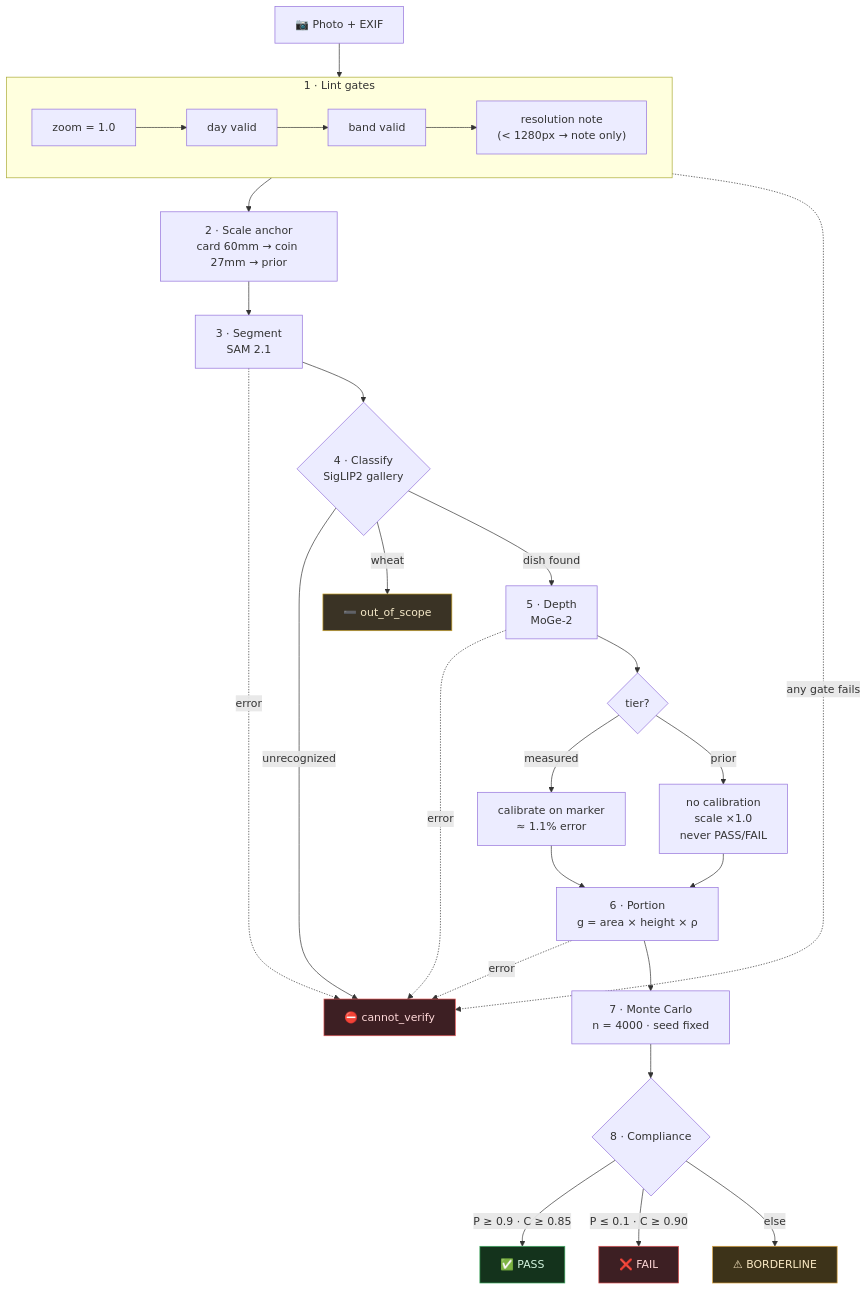
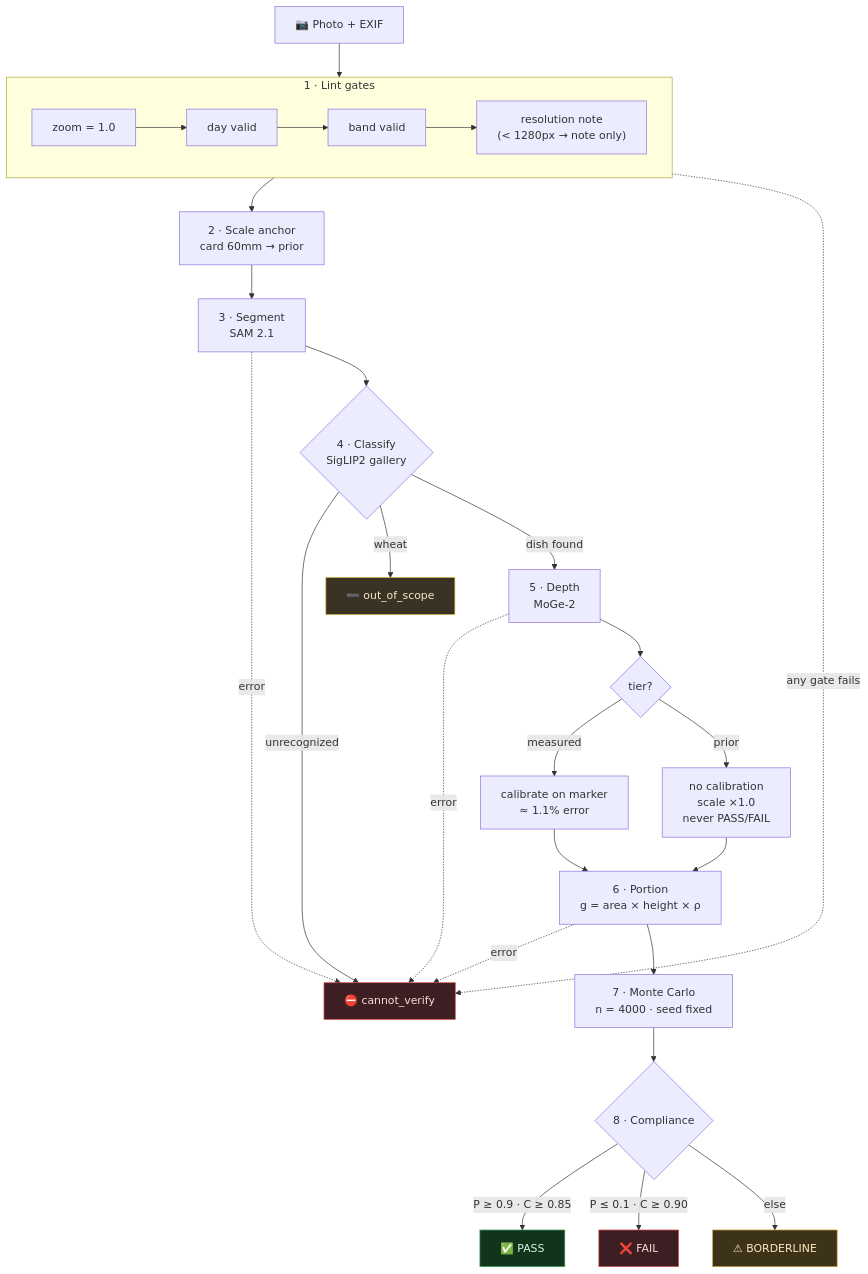
One commit to Lion4467cat/NutriSense changed the diagram in README.md. Above: the diagram before and after it, drawn with Mermaid. The commit also changed other lines of this file and 18 other files, not shown here.

First line of the commit message:
Remove coin anchor tier: card is the only measured scale anchor

````diff
--- a/README.md
+++ b/README.md
@@ -36,44 +36,44 @@
 ```mermaid
 flowchart TD
     IMG["📷 Photo + EXIF"] --> L1
 
     subgraph LINT["1 · Lint gates"]
         direction LR
         L1["zoom = 1.0"] --> L2["day valid"] --> L3["band valid"] --> L4["resolution note<br/>(< 1280px → note only)"]
     end
 
     LINT -.->|"any gate fails"| CV["⛔ cannot_verify"]
-    L4 --> A["2 · Scale anchor<br/>card 60mm → coin 27mm → prior"]
+    L4 --> A["2 · Scale anchor<br/>card 60mm → prior"]
 
     A --> SEG["3 · Segment<br/>SAM 2.1"]
     SEG -.->|error| CV
     SEG --> CLS{"4 · Classify<br/>SigLIP2 gallery"}
 
     CLS -->|"unrecognized"| CV
     CLS -->|wheat| OOS["➖ out_of_scope"]
     CLS -->|"dish found"| DEPTH["5 · Depth<br/>MoGe-2"]
 
     DEPTH -.->|error| CV
     DEPTH --> TIER{"tier?"}
     TIER -->|measured| CAL["calibrate on marker<br/>≈ 1.1% error"]
     TIER -->|prior| SKIP["no calibration<br/>scale ×1.0<br/>never PASS/FAIL"]
     CAL --> PORT["6 · Portion<br/>g = area × height × ρ"]
     SKIP --> PORT
     PORT -.->|error| CV
     PORT --> MC["7 · Monte Carlo<br/>n = 4000 · seed fixed"]
 
     MC --> VER{"8 · Compliance"}
     VER -->|"P ≥ 0.9 · C ≥ 0.85"| PASS["✅ PASS"]
     VER -->|"P ≤ 0.1 · C ≥ 0.90"| FAIL["❌ FAIL"]
     VER -->|else| BORD["⚠ BORDERLINE"]
 
     classDef err fill:#3d1f23,stroke:#e05252,color:#ffd9d9
     classDef oos fill:#3a3325,stroke:#c9a227,color:#f5e9c8
     classDef ok fill:#14331c,stroke:#3fae62,color:#d4f5df
     classDef warn fill:#3d3319,stroke:#d9a13a,color:#fae9c4
     class CV err
     class OOS oos
     class PASS ok
     class FAIL err
     class BORD warn
 ```
````
